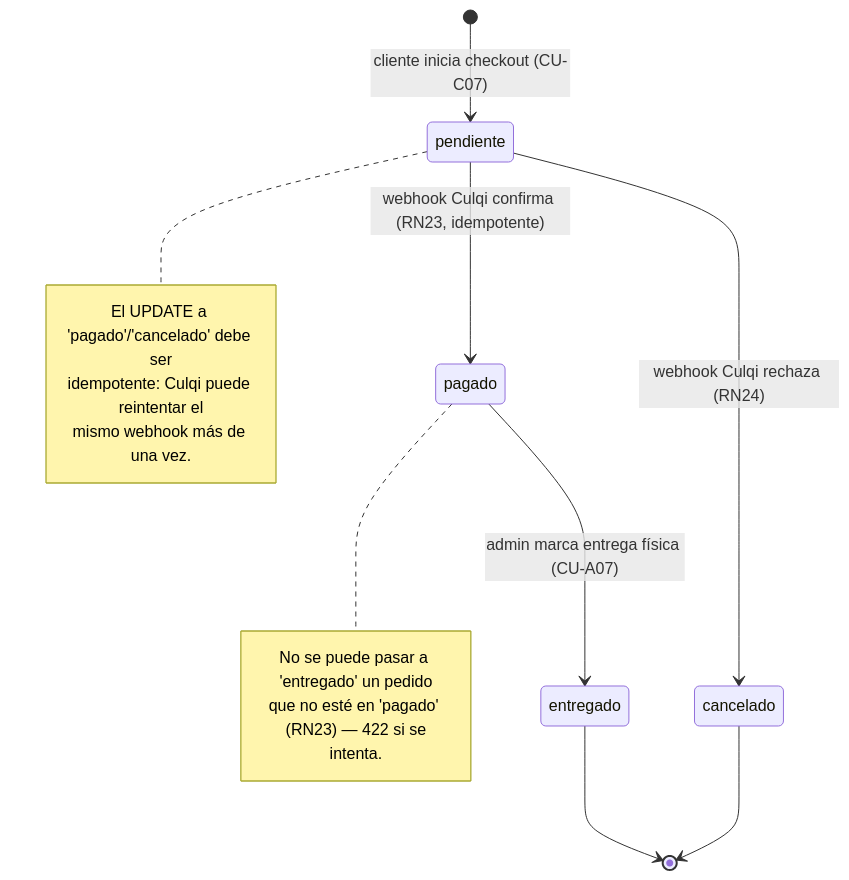
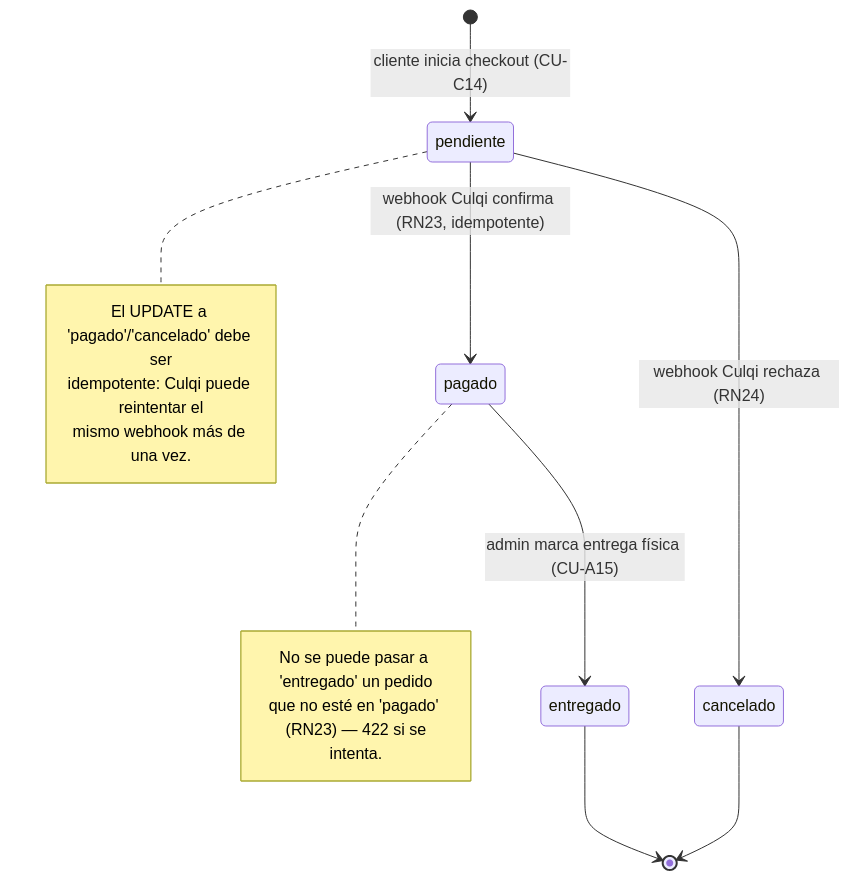
One commit to Alezzandromv/welve changed the second of 3 diagrams in docs/tesis/08_DIAGRAMAS_DE_ESTADO.md. Above: the diagram before and after it, drawn with Mermaid. The commit also changed 9 other files, not shown here.

````diff
--- a/docs/tesis/08_DIAGRAMAS_DE_ESTADO.md
+++ b/docs/tesis/08_DIAGRAMAS_DE_ESTADO.md
@@ -48,24 +48,24 @@
 ```mermaid
 stateDiagram-v2
-    [*] --> pendiente : cliente inicia checkout (CU-C07)
+    [*] --> pendiente : cliente inicia checkout (CU-C14)
 
     pendiente --> pagado : webhook Culqi confirma (RN23, idempotente)
     pendiente --> cancelado : webhook Culqi rechaza (RN24)
 
-    pagado --> entregado : admin marca entrega física (CU-A07)
+    pagado --> entregado : admin marca entrega física (CU-A15)
 
     entregado --> [*]
     cancelado --> [*]
 
     note right of pendiente
         El UPDATE a 'pagado'/'cancelado' debe ser
         idempotente: Culqi puede reintentar el
         mismo webhook más de una vez.
     end note
 
     note right of pagado
         No se puede pasar a 'entregado' un pedido
         que no esté en 'pagado' (RN23) — 422 si se
         intenta.
     end note
 ```
````
